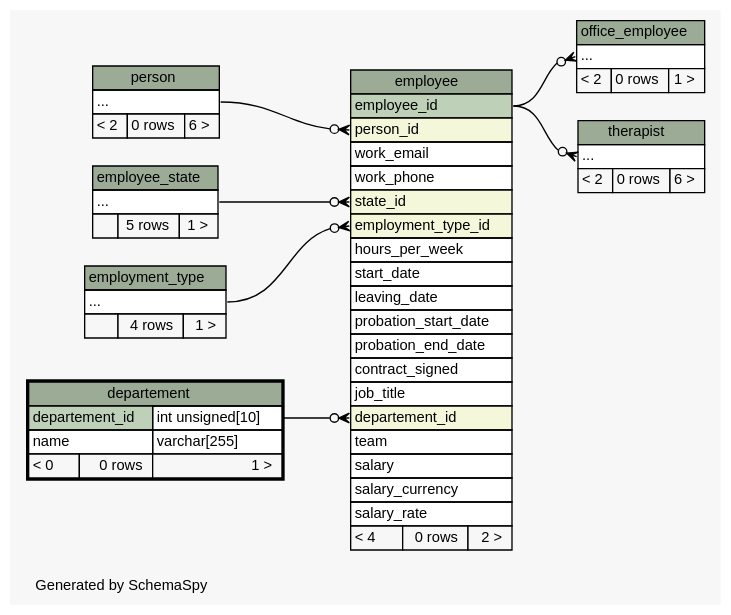
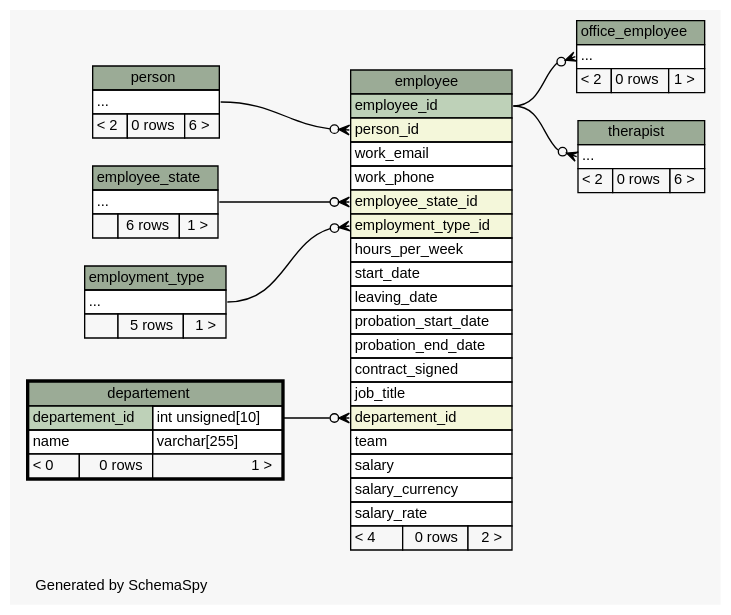
Before and after one commit to KaiBMP/KaiBMP.github.io: the diagram in diagrams/departement.2degrees.dot, drawn with Graphviz. The commit also changed 87 other files, not shown here.

Commit message:
schemaspy update

```diff
--- a/diagrams/departement.2degrees.dot
+++ b/diagrams/departement.2degrees.dot
@@ -1,116 +1,116 @@
 // dot 2.40.1 on Linux 5.3.0-28-generic
 // SchemaSpy rev 590
 digraph "twoDegreesRelationshipsDiagram" {
   graph [
     rankdir="RL"
     bgcolor="#f7f7f7"
     label="\nGenerated by SchemaSpy"
     labeljust="l"
     nodesep="0.18"
     ranksep="0.46"
     fontname="Helvetica"
     fontsize="11"
   ];
   node [
     fontname="Helvetica"
     fontsize="11"
     shape="plaintext"
   ];
   edge [
     arrowsize="0.8"
   ];
   "employee":"departement_id":w -> "departement":"departement_id.type":e [arrowhead=none dir=back arrowtail=crowodot];
+  "employee":"employee_state_id":w -> "employee_state":"elipses":e [arrowhead=none dir=back arrowtail=crowodot];
   "employee":"employment_type_id":w -> "employment_type":"elipses":e [arrowhead=none dir=back arrowtail=crowodot];
   "employee":"person_id":w -> "person":"elipses":e [arrowhead=none dir=back arrowtail=crowodot];
-  "employee":"state_id":w -> "employee_state":"elipses":e [arrowhead=none dir=back arrowtail=crowodot];
   "office_employee":"elipses":w -> "employee":"employee_id":e [arrowhead=none dir=back arrowtail=crowodot];
   "therapist":"elipses":w -> "employee":"employee_id":e [arrowhead=none dir=back arrowtail=crowodot];
   "departement" [
     label=<
     <TABLE BORDER="2" CELLBORDER="1" CELLSPACING="0" BGCOLOR="#ffffff">
       <TR><TD COLSPAN="3" BGCOLOR="#9bab96" ALIGN="CENTER">departement</TD></TR>
       <TR><TD PORT="departement_id" COLSPAN="2" BGCOLOR="#bed1b8" ALIGN="LEFT">departement_id</TD><TD PORT="departement_id.type" ALIGN="LEFT">int unsigned[10]</TD></TR>
       <TR><TD PORT="name" COLSPAN="2" ALIGN="LEFT">name</TD><TD PORT="name.type" ALIGN="LEFT">varchar[255]</TD></TR>
       <TR><TD ALIGN="LEFT" BGCOLOR="#f7f7f7">&lt; 0</TD><TD ALIGN="RIGHT" BGCOLOR="#f7f7f7">0 rows</TD><TD ALIGN="RIGHT" BGCOLOR="#f7f7f7">1 &gt;</TD></TR>
     </TABLE>>
     URL="departement.html"
     tooltip="departement"
   ];
   "employee" [
     label=<
     <TABLE BORDER="0" CELLBORDER="1" CELLSPACING="0" BGCOLOR="#ffffff">
       <TR><TD COLSPAN="3" BGCOLOR="#9bab96" ALIGN="CENTER">employee</TD></TR>
       <TR><TD PORT="employee_id" COLSPAN="3" BGCOLOR="#bed1b8" ALIGN="LEFT">employee_id</TD></TR>
       <TR><TD PORT="person_id" COLSPAN="3" BGCOLOR="#f4f7da" ALIGN="LEFT">person_id</TD></TR>
       <TR><TD PORT="work_email" COLSPAN="3" ALIGN="LEFT">work_email</TD></TR>
       <TR><TD PORT="work_phone" COLSPAN="3" ALIGN="LEFT">work_phone</TD></TR>
-      <TR><TD PORT="state_id" COLSPAN="3" BGCOLOR="#f4f7da" ALIGN="LEFT">state_id</TD></TR>
+      <TR><TD PORT="employee_state_id" COLSPAN="3" BGCOLOR="#f4f7da" ALIGN="LEFT">employee_state_id</TD></TR>
       <TR><TD PORT="employment_type_id" COLSPAN="3" BGCOLOR="#f4f7da" ALIGN="LEFT">employment_type_id</TD></TR>
       <TR><TD PORT="hours_per_week" COLSPAN="3" ALIGN="LEFT">hours_per_week</TD></TR>
       <TR><TD PORT="start_date" COLSPAN="3" ALIGN="LEFT">start_date</TD></TR>
       <TR><TD PORT="leaving_date" COLSPAN="3" ALIGN="LEFT">leaving_date</TD></TR>
       <TR><TD PORT="probation_start_date" COLSPAN="3" ALIGN="LEFT">probation_start_date</TD></TR>
       <TR><TD PORT="probation_end_date" COLSPAN="3" ALIGN="LEFT">probation_end_date</TD></TR>
       <TR><TD PORT="contract_signed" COLSPAN="3" ALIGN="LEFT">contract_signed</TD></TR>
       <TR><TD PORT="job_title" COLSPAN="3" ALIGN="LEFT">job_title</TD></TR>
       <TR><TD PORT="departement_id" COLSPAN="3" BGCOLOR="#f4f7da" ALIGN="LEFT">departement_id</TD></TR>
       <TR><TD PORT="team" COLSPAN="3" ALIGN="LEFT">team</TD></TR>
       <TR><TD PORT="salary" COLSPAN="3" ALIGN="LEFT">salary</TD></TR>
       <TR><TD PORT="salary_currency" COLSPAN="3" ALIGN="LEFT">salary_currency</TD></TR>
       <TR><TD PORT="salary_rate" COLSPAN="3" ALIGN="LEFT">salary_rate</TD></TR>
       <TR><TD ALIGN="LEFT" BGCOLOR="#f7f7f7">&lt; 4</TD><TD ALIGN="RIGHT" BGCOLOR="#f7f7f7">0 rows</TD><TD ALIGN="RIGHT" BGCOLOR="#f7f7f7">2 &gt;</TD></TR>
     </TABLE>>
     URL="employee.html"
     tooltip="employee"
   ];
   "employee_state" [
     label=<
     <TABLE BORDER="0" CELLBORDER="1" CELLSPACING="0" BGCOLOR="#ffffff">
       <TR><TD COLSPAN="3" BGCOLOR="#9bab96" ALIGN="CENTER">employee_state</TD></TR>
       <TR><TD PORT="elipses" COLSPAN="3" ALIGN="LEFT">...</TD></TR>
-      <TR><TD ALIGN="LEFT" BGCOLOR="#f7f7f7">  </TD><TD ALIGN="RIGHT" BGCOLOR="#f7f7f7">5 rows</TD><TD ALIGN="RIGHT" BGCOLOR="#f7f7f7">1 &gt;</TD></TR>
+      <TR><TD ALIGN="LEFT" BGCOLOR="#f7f7f7">  </TD><TD ALIGN="RIGHT" BGCOLOR="#f7f7f7">6 rows</TD><TD ALIGN="RIGHT" BGCOLOR="#f7f7f7">1 &gt;</TD></TR>
     </TABLE>>
     URL="employee_state.html"
     tooltip="employee_state"
   ];
   "employment_type" [
     label=<
     <TABLE BORDER="0" CELLBORDER="1" CELLSPACING="0" BGCOLOR="#ffffff">
       <TR><TD COLSPAN="3" BGCOLOR="#9bab96" ALIGN="CENTER">employment_type</TD></TR>
       <TR><TD PORT="elipses" COLSPAN="3" ALIGN="LEFT">...</TD></TR>
-      <TR><TD ALIGN="LEFT" BGCOLOR="#f7f7f7">  </TD><TD ALIGN="RIGHT" BGCOLOR="#f7f7f7">4 rows</TD><TD ALIGN="RIGHT" BGCOLOR="#f7f7f7">1 &gt;</TD></TR>
+      <TR><TD ALIGN="LEFT" BGCOLOR="#f7f7f7">  </TD><TD ALIGN="RIGHT" BGCOLOR="#f7f7f7">5 rows</TD><TD ALIGN="RIGHT" BGCOLOR="#f7f7f7">1 &gt;</TD></TR>
     </TABLE>>
     URL="employment_type.html"
     tooltip="employment_type"
   ];
   "office_employee" [
     label=<
     <TABLE BORDER="0" CELLBORDER="1" CELLSPACING="0" BGCOLOR="#ffffff">
       <TR><TD COLSPAN="3" BGCOLOR="#9bab96" ALIGN="CENTER">office_employee</TD></TR>
       <TR><TD PORT="elipses" COLSPAN="3" ALIGN="LEFT">...</TD></TR>
       <TR><TD ALIGN="LEFT" BGCOLOR="#f7f7f7">&lt; 2</TD><TD ALIGN="RIGHT" BGCOLOR="#f7f7f7">0 rows</TD><TD ALIGN="RIGHT" BGCOLOR="#f7f7f7">1 &gt;</TD></TR>
     </TABLE>>
     URL="office_employee.html"
     tooltip="office_employee"
   ];
   "person" [
     label=<
     <TABLE BORDER="0" CELLBORDER="1" CELLSPACING="0" BGCOLOR="#ffffff">
       <TR><TD COLSPAN="3" BGCOLOR="#9bab96" ALIGN="CENTER">person</TD></TR>
       <TR><TD PORT="elipses" COLSPAN="3" ALIGN="LEFT">...</TD></TR>
       <TR><TD ALIGN="LEFT" BGCOLOR="#f7f7f7">&lt; 2</TD><TD ALIGN="RIGHT" BGCOLOR="#f7f7f7">0 rows</TD><TD ALIGN="RIGHT" BGCOLOR="#f7f7f7">6 &gt;</TD></TR>
     </TABLE>>
     URL="person.html"
     tooltip="person"
   ];
   "therapist" [
     label=<
     <TABLE BORDER="0" CELLBORDER="1" CELLSPACING="0" BGCOLOR="#ffffff">
       <TR><TD COLSPAN="3" BGCOLOR="#9bab96" ALIGN="CENTER">therapist</TD></TR>
       <TR><TD PORT="elipses" COLSPAN="3" ALIGN="LEFT">...</TD></TR>
       <TR><TD ALIGN="LEFT" BGCOLOR="#f7f7f7">&lt; 2</TD><TD ALIGN="RIGHT" BGCOLOR="#f7f7f7">0 rows</TD><TD ALIGN="RIGHT" BGCOLOR="#f7f7f7">6 &gt;</TD></TR>
     </TABLE>>
     URL="therapist.html"
     tooltip="therapist"
   ];
 }
```
